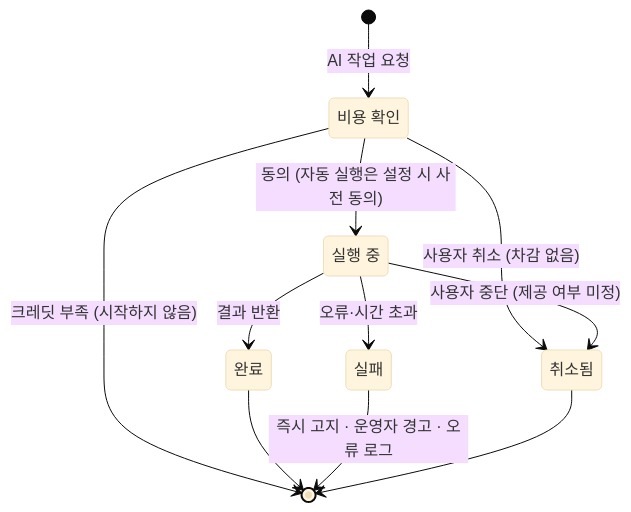
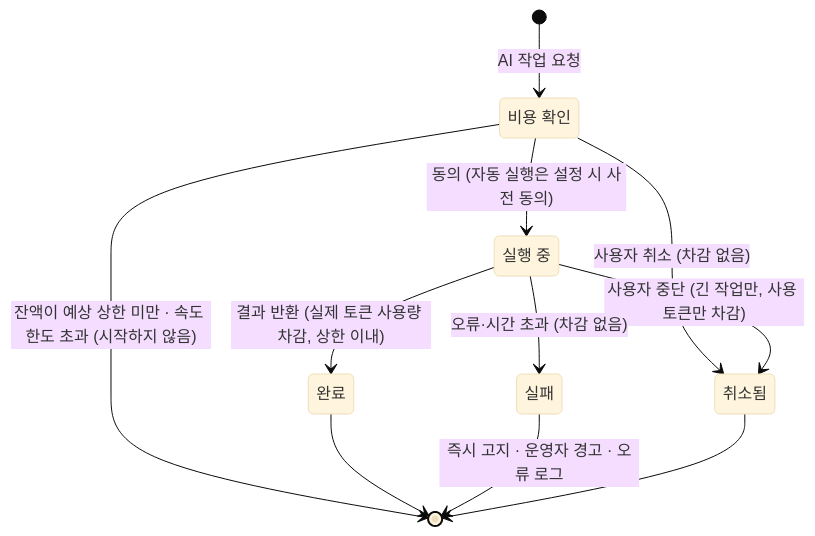
Before and after one commit to SKNETWORKS-FAMILY-AICAMP/SKN34-FINAL-4TEAM: the fifth of 5 diagrams in docs/diagrams/state.md, drawn with Mermaid (base theme). The commit also changed other lines of this file and 4 other files, not shown here.

````diff
--- a/docs/diagrams/state.md
+++ b/docs/diagrams/state.md
@@ -125,18 +125,18 @@
 ```mermaid
 stateDiagram-v2
   state "비용 확인" as QUOTE
   state "실행 중" as RUN
   state "완료" as OK
   state "실패" as FAIL
   state "취소됨" as CANCELED
   [*] --> QUOTE: AI 작업 요청
   QUOTE --> RUN: 동의 (자동 실행은 설정 시 사전 동의)
   QUOTE --> CANCELED: 사용자 취소 (차감 없음)
-  QUOTE --> [*]: 크레딧 부족 (시작하지 않음)
-  RUN --> CANCELED: 사용자 중단 (제공 여부 미정)
-  RUN --> OK: 결과 반환
-  RUN --> FAIL: 오류·시간 초과
+  QUOTE --> [*]: 잔액이 예상 상한 미만 · 속도 한도 초과 (시작하지 않음)
+  RUN --> CANCELED: 사용자 중단 (긴 작업만, 사용 토큰만 차감)
+  RUN --> OK: 결과 반환 (실제 토큰 사용량 차감, 상한 이내)
+  RUN --> FAIL: 오류·시간 초과 (차감 없음)
   OK --> [*]
   FAIL --> [*]: 즉시 고지 · 운영자 경고 · 오류 로그
   CANCELED --> [*]
 ```
````
